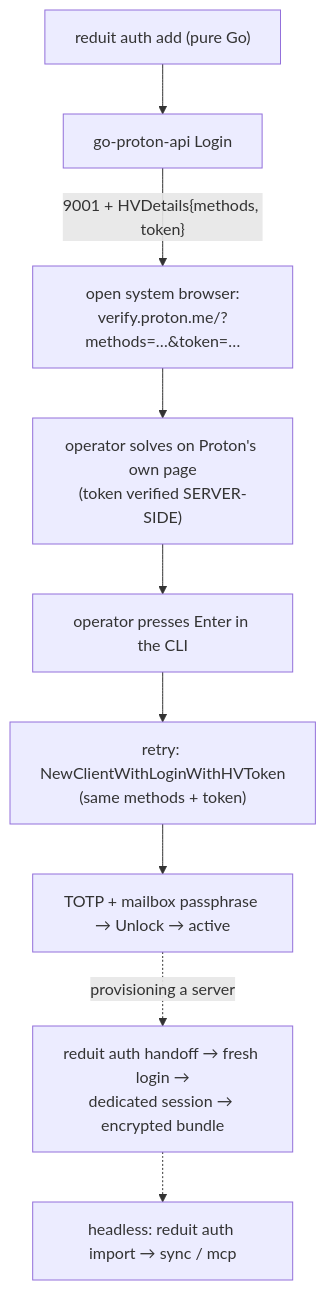
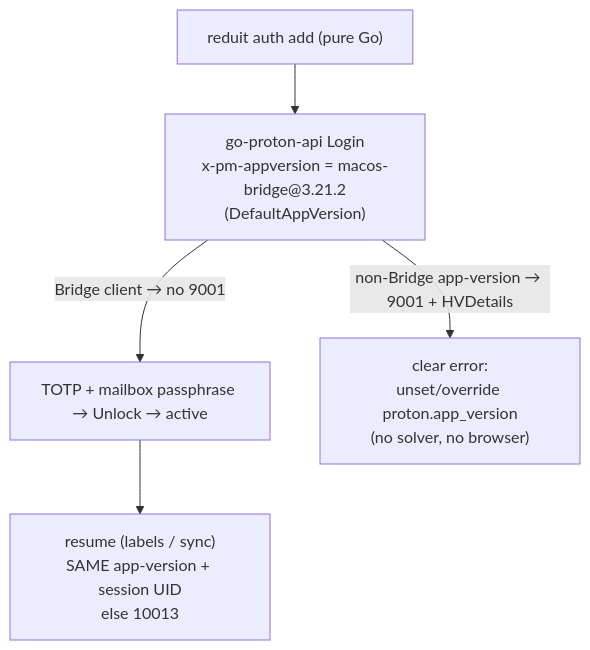
One commit to joestump/reduit changed the diagram in docs/adrs/ADR-0021-native-webview-human-verification.md. Above: the diagram before and after it, drawn with Mermaid. The commit also changed other lines of this file and 12 other files, not shown here.

Commit message:
chore: retire the HV-solver machinery — the Bridge app-version avoids CAPTCHA (#142)

````diff
--- a/docs/adrs/ADR-0021-native-webview-human-verification.md
+++ b/docs/adrs/ADR-0021-native-webview-human-verification.md
@@ -131,11 +138,7 @@
 ```mermaid
 flowchart TD
-    A["reduit auth add (pure Go)"] --> B["go-proton-api Login"]
-    B -->|"9001 + HVDetails{methods, token}"| C["open system browser:<br/>verify.proton.me/?methods=…&token=…"]
-    C --> D["operator solves on Proton's own page<br/>(token verified SERVER-SIDE)"]
-    D --> E["operator presses Enter in the CLI"]
-    E --> F["retry: NewClientWithLoginWithHVToken<br/>(same methods + token)"]
-    F --> G["TOTP + mailbox passphrase → Unlock → active"]
-    G -.->|"provisioning a server"| H["reduit auth handoff → fresh login →<br/>dedicated session → encrypted bundle"]
-    H -.-> I["headless: reduit auth import → sync / mcp"]
+    A["reduit auth add (pure Go)"] --> B["go-proton-api Login<br/>x-pm-appversion = macos-bridge@3.21.2<br/>(DefaultAppVersion)"]
+    B -->|"Bridge client → no 9001"| G["TOTP + mailbox passphrase → Unlock → active"]
+    B -->|"non-Bridge app-version → 9001 + HVDetails"| X["clear error:<br/>unset/override proton.app_version<br/>(no solver, no browser)"]
+    G --> R["resume (labels / sync)<br/>SAME app-version + session UID<br/>else 10013"]
 ```
````
